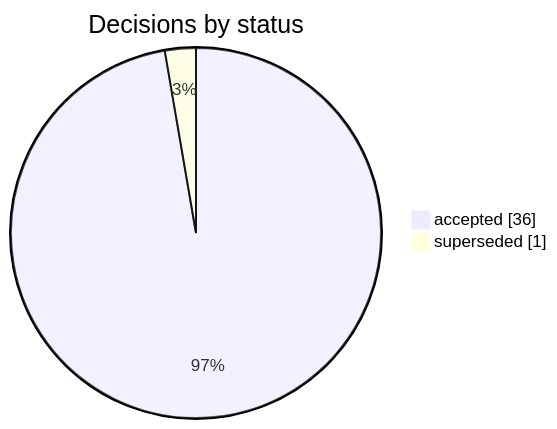
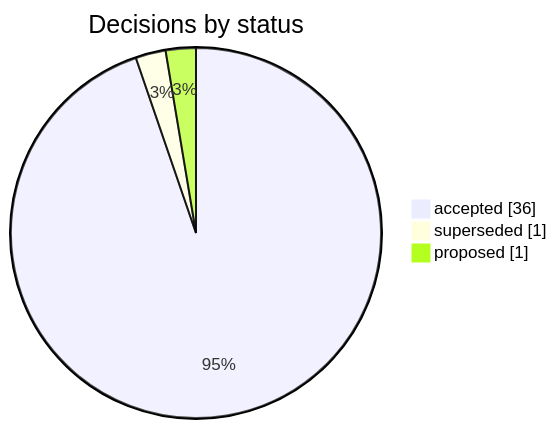
The diagram in .ai/repo/adrs/README.md (korczis/OpenTTD), drawn with Mermaid before and after one commit. The commit also changed other lines of this file and 20 other files, not shown here.

````diff
--- a/.ai/repo/adrs/README.md
+++ b/.ai/repo/adrs/README.md
@@ -29,6 +29,7 @@
 ```mermaid
 pie showData title Decisions by status
-    %% links: README.md?col=Status&filter=accepted#index | README.md?col=Status&filter=superseded#index
+    %% links: README.md?col=Status&filter=accepted#index | README.md?col=Status&filter=superseded#index | README.md?col=Status&filter=proposed#index
     "accepted" : 36
     "superseded" : 1
+    "proposed" : 1
 ```
````
